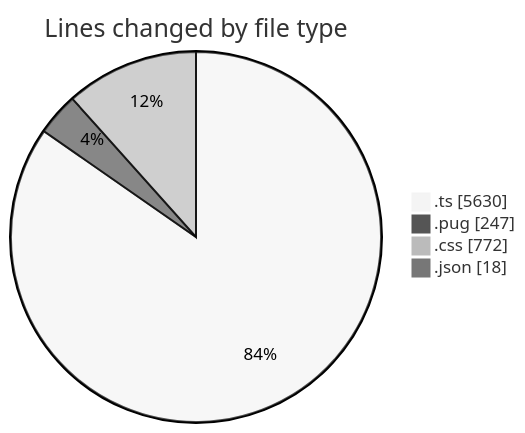
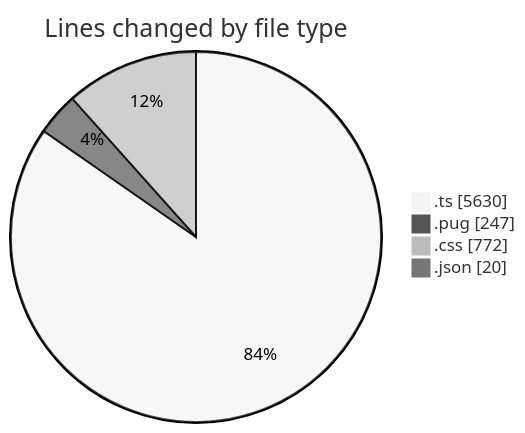
The first of 2 diagrams in 2025-10-31/cda/README.md (momahboobian/code-tracking), drawn with Mermaid (neutral theme) before and after one commit. The commit also changed other lines of this file and 1 other file, not shown here.

````diff
--- a/2025-10-31/cda/README.md
+++ b/2025-10-31/cda/README.md
@@ -31,8 +31,8 @@
 ```mermaid
 pie showData
 title Lines changed by file type
 ".ts" : 5630
 ".pug" : 247
 ".css" : 772
-".json" : 18
+".json" : 20
 ```
````
